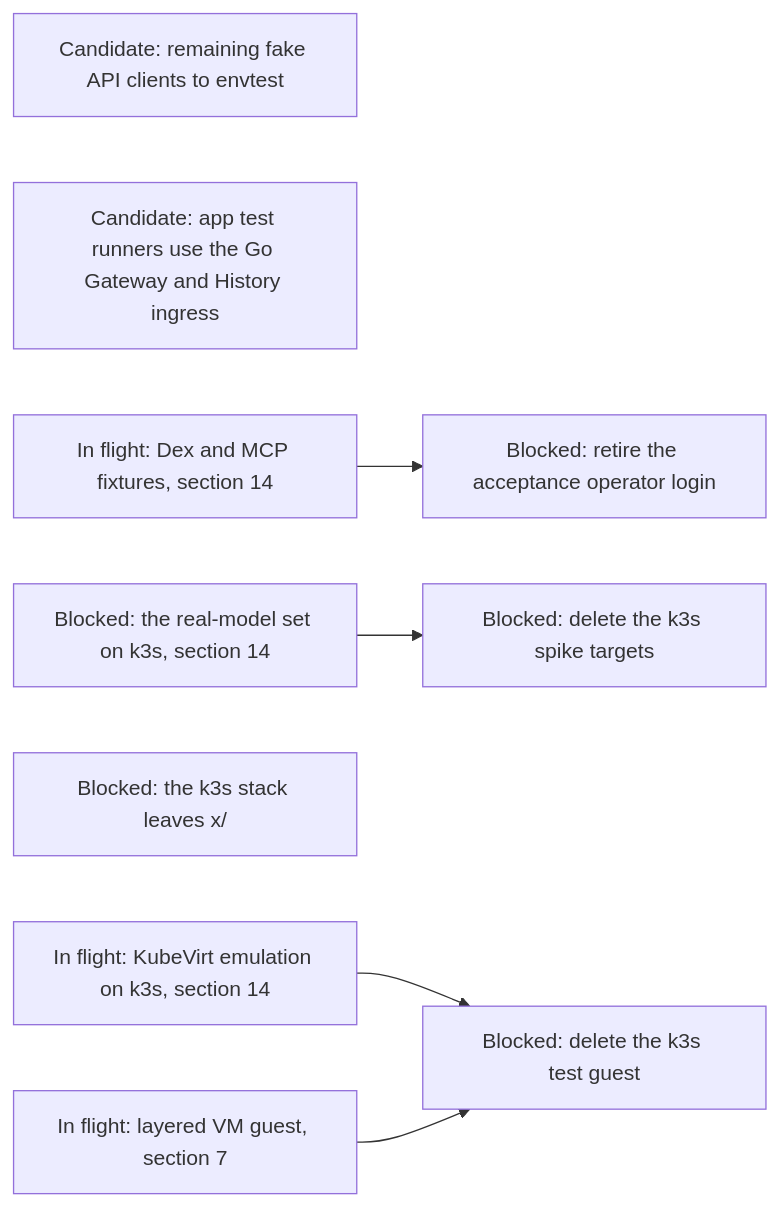
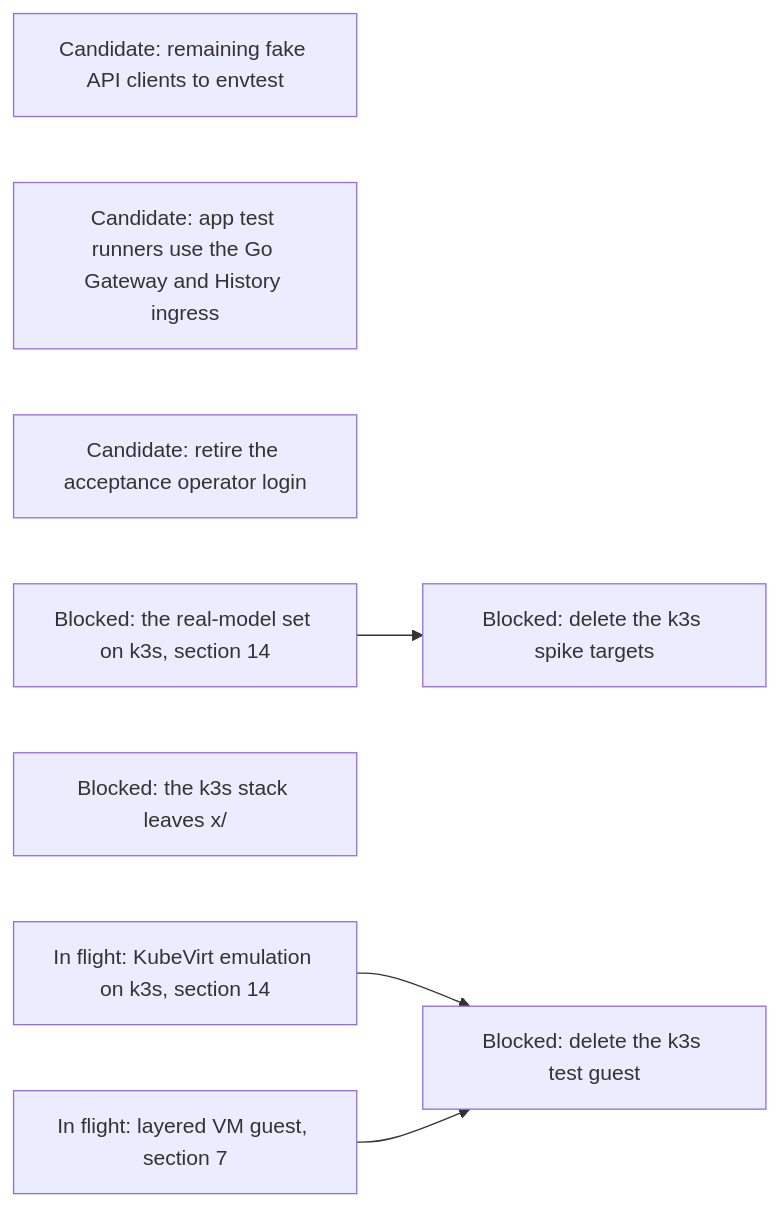
Before and after one commit to agentydragon/ducktape: diagram 19 of 19 in agentplane/plans/task_dag.md, drawn with Mermaid. The commit also changed other lines of this file, not shown here.

First line of the commit message:
agentplane/plans: ACCEPTANCE_OPERATOR_CREDENTIALS_RETIRE is a candidate

````diff
--- a/agentplane/plans/task_dag.md
+++ b/agentplane/plans/task_dag.md
@@ -2104,10 +2104,10 @@
 ```mermaid
 flowchart LR
     FAKE_CLIENTS_TO_ENVTEST[Candidate: remaining fake API clients to envtest]
     APP_TEST_RUNNER_FIXTURES_GO[Candidate: app test runners use the Go Gateway and History ingress]
-    K3S_FIXTURE_IDENTITY[In flight: Dex and MCP fixtures, section 14] --> ACCEPTANCE_OPERATOR_CREDENTIALS_RETIRE[Blocked: retire the acceptance operator login]
+    ACCEPTANCE_OPERATOR_CREDENTIALS_RETIRE[Candidate: retire the acceptance operator login]
     K3S_MODEL_SCENARIOS[Blocked: the real-model set on k3s, section 14] --> K3S_SPIKE_TARGETS_RETIRE[Blocked: delete the k3s spike targets]
     K3S_ENV_OUT_OF_X[Blocked: the k3s stack leaves x/]
     K3S_VM_ACCEPTANCE[In flight: KubeVirt emulation on k3s, section 14] --> K3S_TEST_GUEST_RETIRE[Blocked: delete the k3s test guest]
     RUNNER_LAYERING_VM[In flight: layered VM guest, section 7] --> K3S_TEST_GUEST_RETIRE
 ```
````
